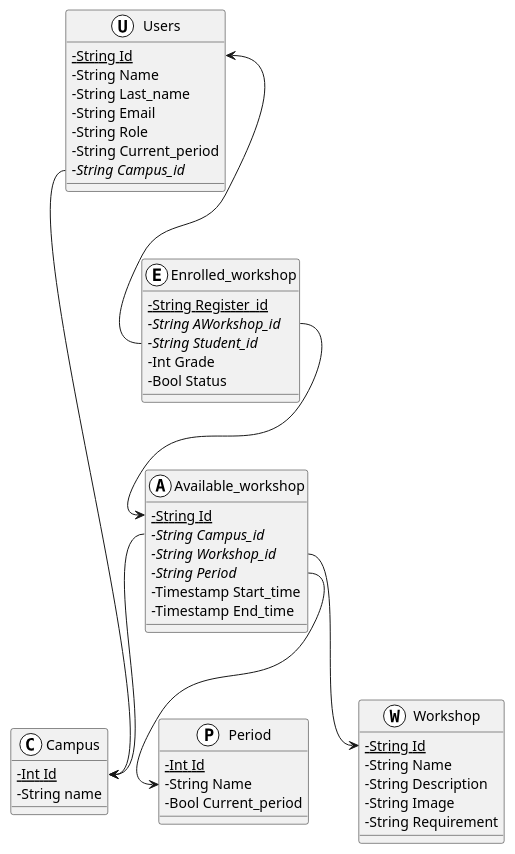
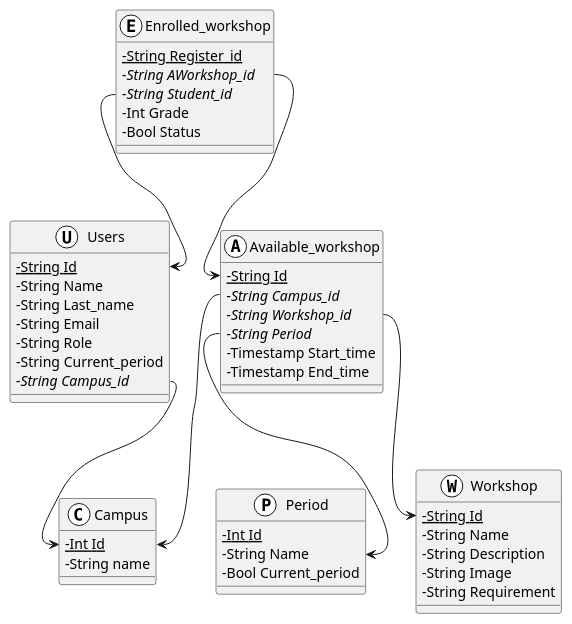
Before and after one commit to facund015/codeRelatedObsidianNotes: the diagram in Reto/Base de datos.md, drawn with PlantUML. The commit also changed 1 other file, not shown here.

Commit message:
vault backup: 2021-12-01 18:25:03

````diff
--- a/Reto/Base de datos.md
+++ b/Reto/Base de datos.md
@@ -2,71 +2,68 @@
 ```plantuml
 @startuml
 skinparam classAttributeIconSize 0
 
 class Users <<(U,white)>> {
 	-{static} String Id
 	-String Name
 	-String Last_name
 	-String Email
 	-String Role
 	-String Current_period
 	{abstract} -String Campus_id
 }
 
 class Campus <<(C,white)>> {
 	{static} -Int Id
 	-String name
 }
 
 class Period <<(P,white)>> {
 	{static} -Int Id
 	-String Name
 	-Bool Current_period
 }
 
 class Workshop <<(W,white)>> {
 	{static} -String Id
 	-String Name
 	-String Description
 	-String Image
 	-String Requirement
 }
 class Available_workshop <<(A, white)>> {
 	{static} -String Id
 	{abstract} -String Campus_id
 	{abstract} -String Workshop_id
 	{abstract} -String Period
 	-Timestamp Start_time
 	-Timestamp End_time
 }
 class Enrolled_workshop <<(E,white)>> {
 	{static} -String Register_id
 	{abstract} -String AWorkshop_id
 	{abstract} -String Student_id
 	-Int Grade
 	-Bool Status
 }
 
 
 
 
 Available_workshop::Campus_id --> Campus::Id
 Available_workshop::Workshop_id --> Workshop::Id 
 Available_workshop::Period --> Period::Name
 
 Enrolled_workshop::AWorkshop_id --> Available_workshop::Id
+Enrolled_workshop::Student_id --> Users::Id
 
-
-Users::Id <-- Enrolled_workshop::Student_id
-
-Campus::Id <-- Users::Campus_id
-
+Users::Campus_id --> Campus::Id
 
 
 
 
 
 
 
 @enduml
 ```
````
